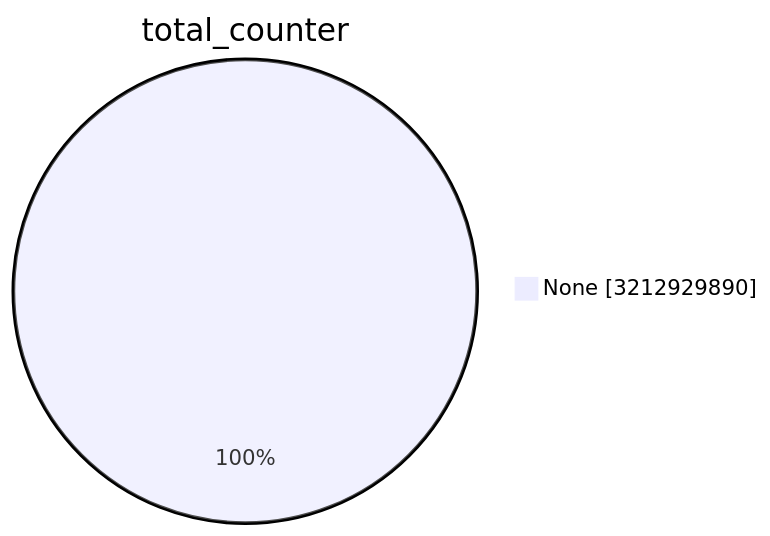
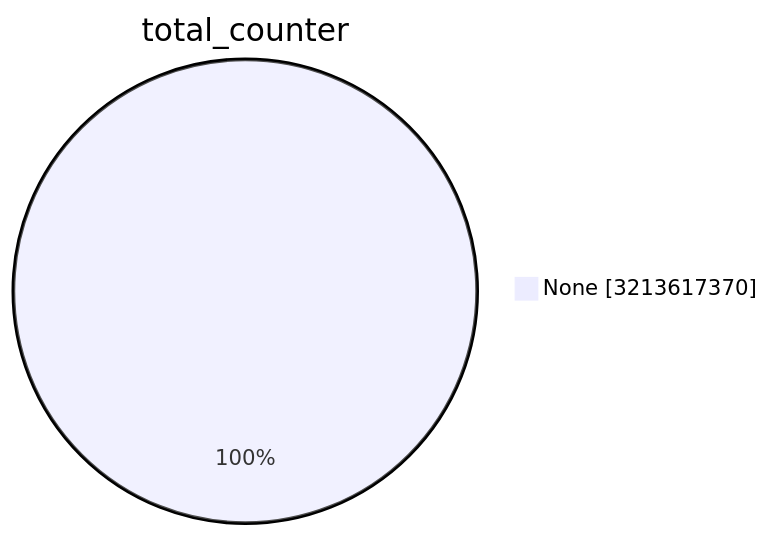
Before and after one commit to christiankrug/ctmonitor_visualization: the first of 15 diagrams in TOTAL/README.md, drawn with Mermaid. The commit also changed other lines of this file, not shown here.

````diff
--- a/TOTAL/README.md
+++ b/TOTAL/README.md
@@ -1,5 +1,5 @@
 ```mermaid
 pie showData
 title total_counter
-"None" :3212929890
+"None" :3213617370
 ```
````
